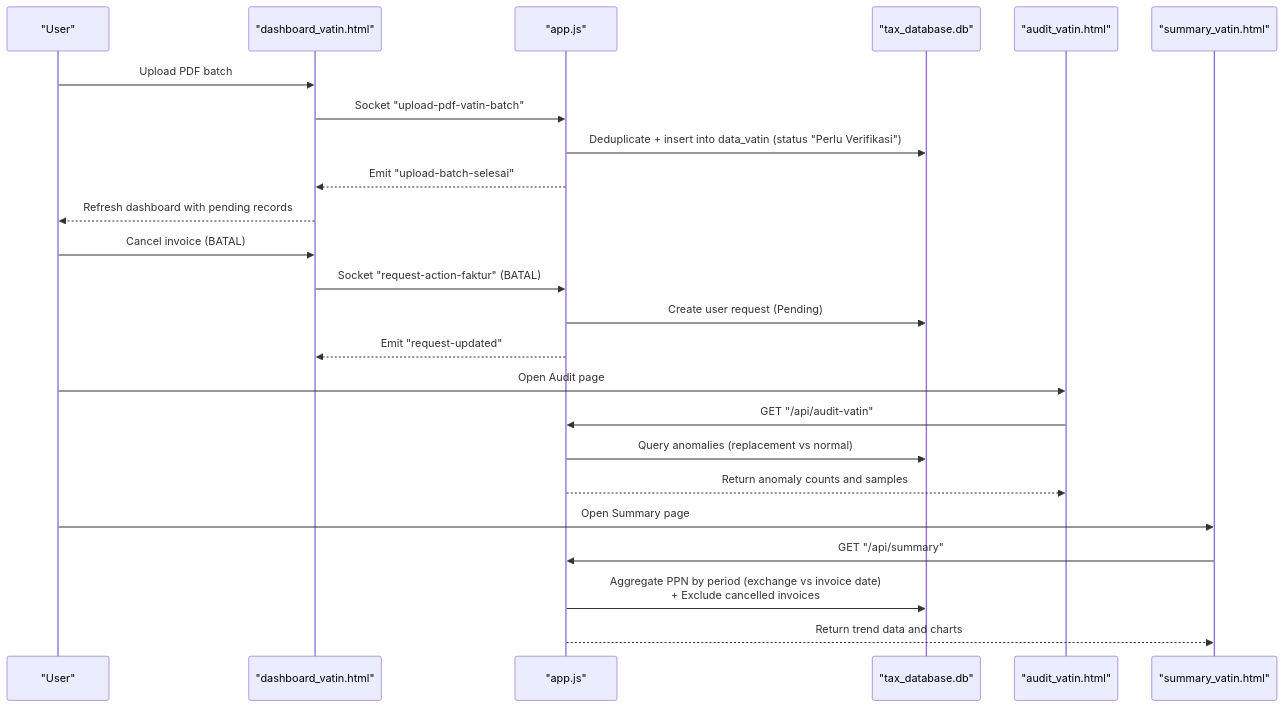
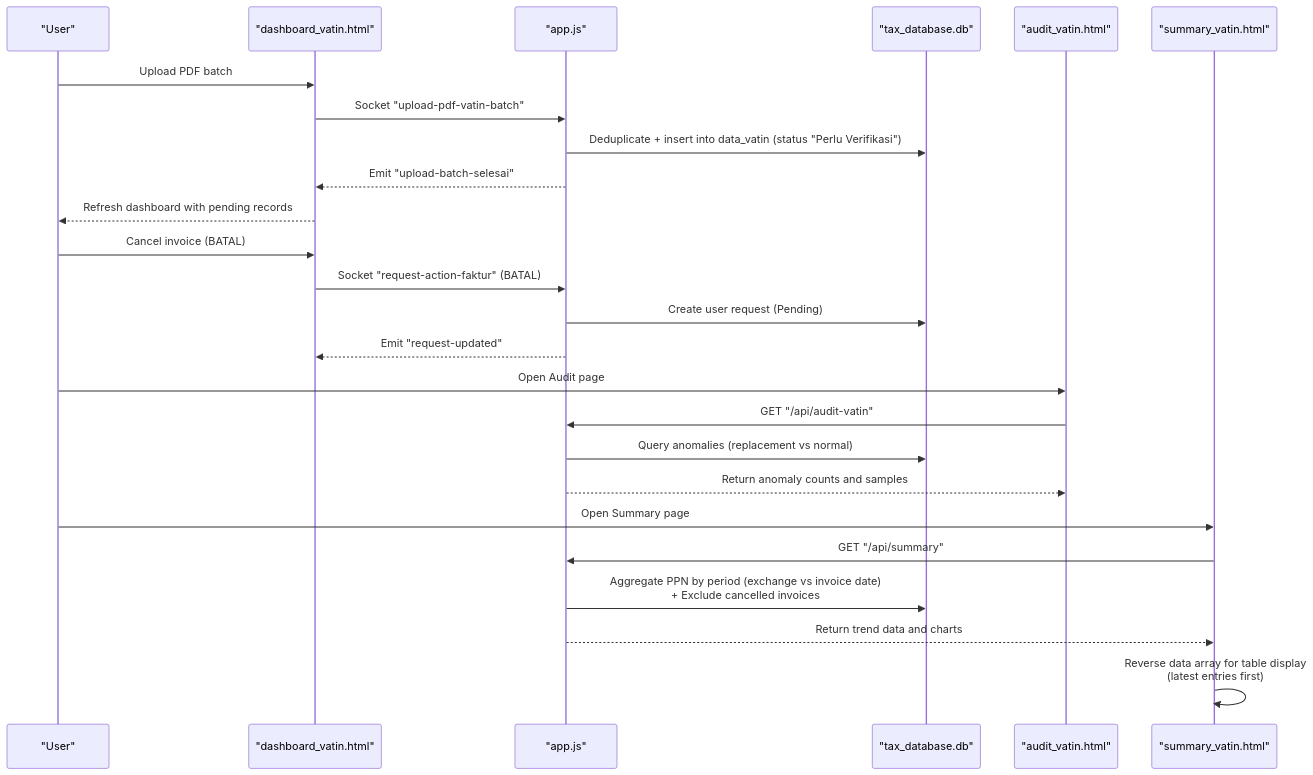
Before and after one commit to rendisiagian/TDS_by_RENDISIAGIAN: the second of 6 diagrams in .qoder/repowiki/en/content/VAT Management System/VAT Input (VAT IN).md, drawn with Mermaid. The commit also changed other lines of this file and 13 other files, not shown here.

````diff
--- a/.qoder/repowiki/en/content/VAT Management System/VAT Input (VAT IN).md
+++ b/.qoder/repowiki/en/content/VAT Management System/VAT Input (VAT IN).md
@@ -96,26 +98,27 @@
 ```mermaid
 sequenceDiagram
 participant U as "User"
 participant UI as "dashboard_vatin.html"
 participant API as "app.js"
 participant DB as "tax_database.db"
 participant AUD as "audit_vatin.html"
 participant SUM as "summary_vatin.html"
 U->>UI : Upload PDF batch
 UI->>API : Socket "upload-pdf-vatin-batch"
 API->>DB : Deduplicate + insert into data_vatin (status "Perlu Verifikasi")
 API-->>UI : Emit "upload-batch-selesai"
 UI-->>U : Refresh dashboard with pending records
 U->>UI : Cancel invoice (BATAL)
 UI->>API : Socket "request-action-faktur" (BATAL)
 API->>DB : Create user request (Pending)
 API-->>UI : Emit "request-updated"
 U->>AUD : Open Audit page
 AUD->>API : GET "/api/audit-vatin"
 API->>DB : Query anomalies (replacement vs normal)
 API-->>AUD : Return anomaly counts and samples
 U->>SUM : Open Summary page
 SUM->>API : GET "/api/summary"
 API->>DB : Aggregate PPN by period (exchange vs invoice date)<br/>+ Exclude cancelled invoices
 API-->>SUM : Return trend data and charts
+SUM->>SUM : Reverse data array for table display<br/>(latest entries first)
 ```
````
